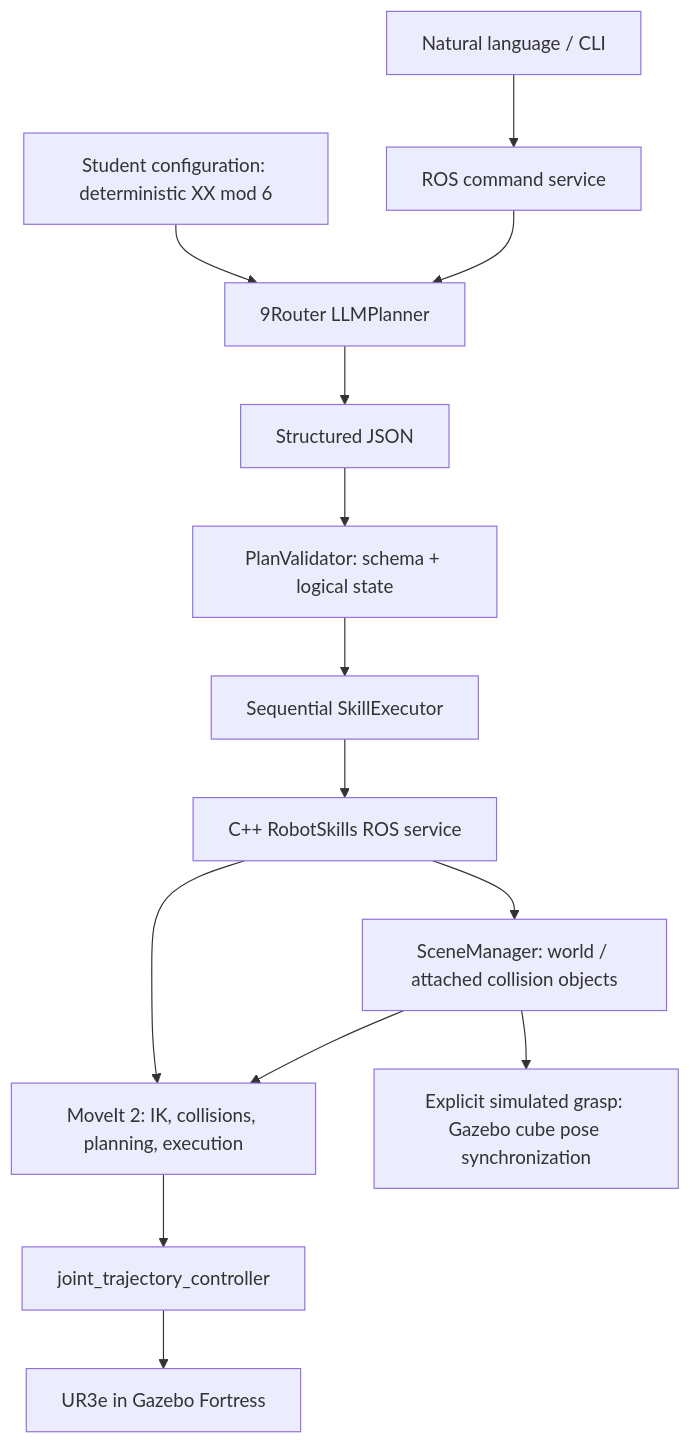
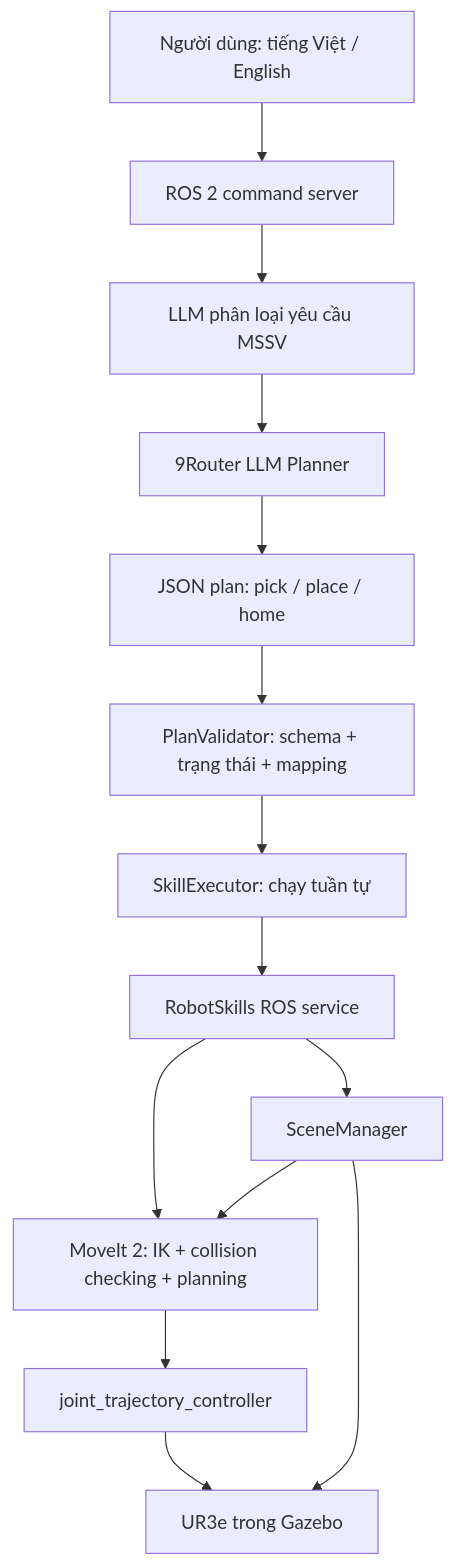
One commit to kieudung12/HRI_k68e-re changed the diagram in README.md. Above: the diagram before and after it, drawn with Mermaid. The commit also changed other lines of this file and 1 other file, not shown here.

````diff
--- a/README.md
+++ b/README.md
@@ -19,16 +19,16 @@
 ```mermaid
 flowchart TD
-  U[Natural language / CLI] --> C[ROS command service]
-  S[Student configuration: deterministic XX mod 6] --> L
-  C --> L[9Router LLMPlanner]
-  L --> J[Structured JSON]
-  J --> V[PlanValidator: schema + logical state]
-  V --> E[Sequential SkillExecutor]
-  E --> R[C++ RobotSkills ROS service]
-  R --> M[MoveIt 2: IK, collisions, planning, execution]
+  U[Người dùng: tiếng Việt / English] --> C[ROS 2 command server]
+  C --> I[LLM phân loại yêu cầu MSSV]
+  I --> L[9Router LLM Planner]
+  L --> J[JSON plan: pick / place / home]
+  J --> V[PlanValidator: schema + trạng thái + mapping]
+  V --> E[SkillExecutor: chạy tuần tự]
+  E --> R[RobotSkills ROS service]
+  R --> M[MoveIt 2: IK + collision checking + planning]
   M --> T[joint_trajectory_controller]
-  T --> G[UR3e in Gazebo Fortress]
-  R --> P[SceneManager: world / attached collision objects]
-  P --> M
-  P --> Q[Explicit simulated grasp: Gazebo cube pose synchronization]
+  T --> G[UR3e trong Gazebo]
+  R --> S[SceneManager]
+  S --> M
+  S --> G
 ```
````
